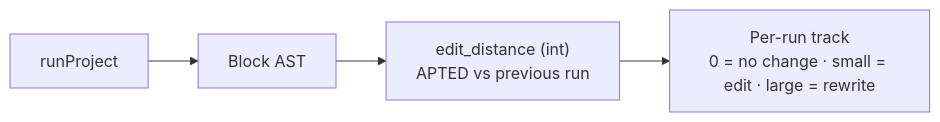
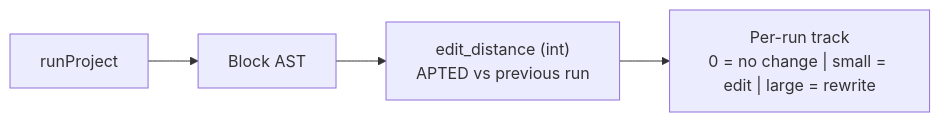
Before and after one commit to InviteInstitute/lm-dashboard: the second of 3 diagrams in docs/concepts/write-path.md, drawn with Mermaid. The commit also changed other lines of this file and 5 other files, not shown here.

First line of the commit message:
Drop the interpunct separator from docs diagrams and prose

````diff
--- a/docs/concepts/write-path.md
+++ b/docs/concepts/write-path.md
@@ -118,6 +118,6 @@
 ```mermaid
 flowchart LR
     run["runProject"] --> ast["Block AST"]
     ast --> ed["edit_distance (int)<br/>APTED vs previous run"]
-    ed --> track["Per-run track<br/>0 = no change · small = edit · large = rewrite"]
+    ed --> track["Per-run track<br/>0 = no change | small = edit | large = rewrite"]
 ```
````
